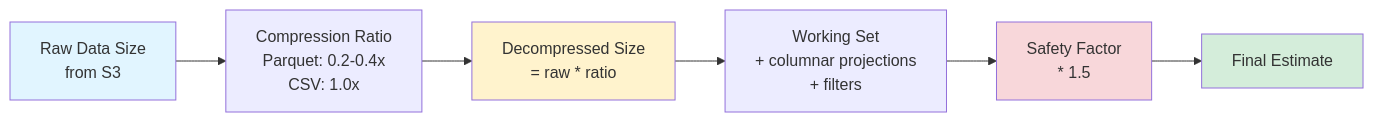
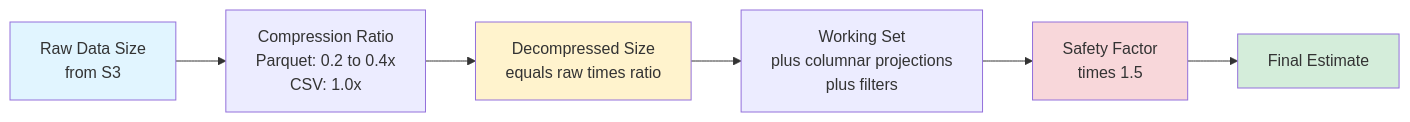
One commit to Angelerator/Tavana changed the eighth of 11 diagrams in README.md. Above: the diagram before and after it, drawn with Mermaid. The commit also changed other lines of this file, not shown here.

First line of the commit message:
fix: Mermaid syntax errors in architecture diagrams

````diff
--- a/README.md
+++ b/README.md
@@ -1091,13 +1091,13 @@
 ```mermaid
 graph LR
-    A[Raw Data Size<br/>from S3] --> B[Compression Ratio<br/>Parquet: 0.2-0.4x<br/>CSV: 1.0x]
-    B --> C[Decompressed Size<br/>= raw * ratio]
-    C --> D[Working Set<br/>+ columnar projections<br/>+ filters]
-    D --> E[Safety Factor<br/>* 1.5]
+    A[Raw Data Size<br/>from S3] --> B[Compression Ratio<br/>Parquet: 0.2 to 0.4x<br/>CSV: 1.0x]
+    B --> C[Decompressed Size<br/>equals raw times ratio]
+    C --> D[Working Set<br/>plus columnar projections<br/>plus filters]
+    D --> E[Safety Factor<br/>times 1.5]
     E --> F[Final Estimate]
     
     style A fill:#e1f5ff
     style C fill:#fff3cd
     style E fill:#f8d7da
     style F fill:#d4edda
 ```
````
